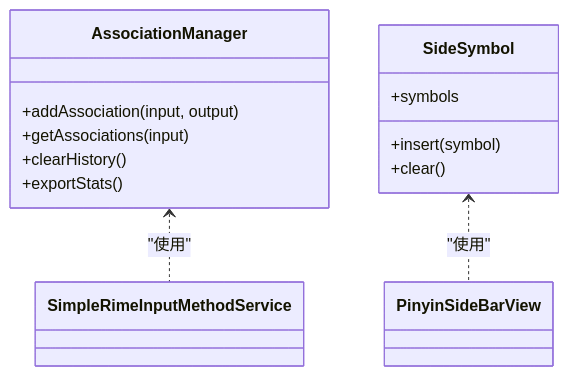
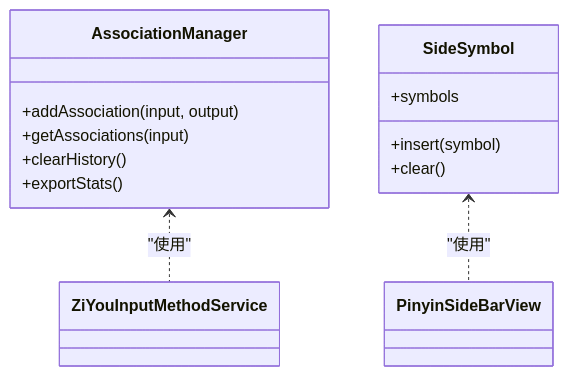
The eighth of 10 diagrams in .qoder/repowiki/zh/content/项目概览/架构概览.md (qiaodashaoye/ziyou-ime), drawn with Mermaid before and after one commit. The commit also changed other lines of this file and 7 other files, not shown here.

````diff
--- a/.qoder/repowiki/zh/content/项目概览/架构概览.md
+++ b/.qoder/repowiki/zh/content/项目概览/架构概览.md
@@ -336,16 +378,16 @@
 ```mermaid
 classDiagram
 class AssociationManager {
 +addAssociation(input, output)
 +getAssociations(input)
 +clearHistory()
 +exportStats()
 }
 class SideSymbol {
 +symbols
 +insert(symbol)
 +clear()
 }
-AssociationManager <.. SimpleRimeInputMethodService : "使用"
+AssociationManager <.. ZiYouInputMethodService : "使用"
 SideSymbol <.. PinyinSideBarView : "使用"
 ```
````
